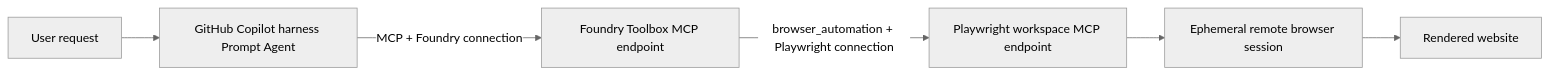
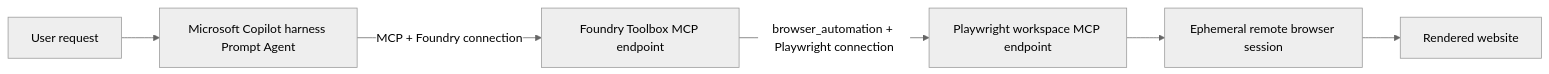
The diagram in samples/cli/prompt-agents/microsoft-copilot-harness/browser-automation-blog-research/README.md (kseager/foundry-samples), drawn with Mermaid (neutral theme) before and after one commit. The commit also changed other lines of this file and 1 other file, not shown here.

First line of the commit message:
feat: validate Microsoft Copilot Browser Automation sample

````diff
--- a/samples/cli/prompt-agents/microsoft-copilot-harness/browser-automation-blog-research/README.md
+++ b/samples/cli/prompt-agents/microsoft-copilot-harness/browser-automation-blog-research/README.md
@@ -79,8 +79,8 @@
 ```mermaid
 flowchart LR
-  U[User request] --> A[GitHub Copilot harness Prompt Agent]
+  U[User request] --> A[Microsoft Copilot harness Prompt Agent]
     A -->|MCP + Foundry connection| T[Foundry Toolbox MCP endpoint]
     T -->|browser_automation + Playwright connection| P[Playwright workspace MCP endpoint]
     P --> B[Ephemeral remote browser session]
     B --> S[Rendered website]
 ```
````
